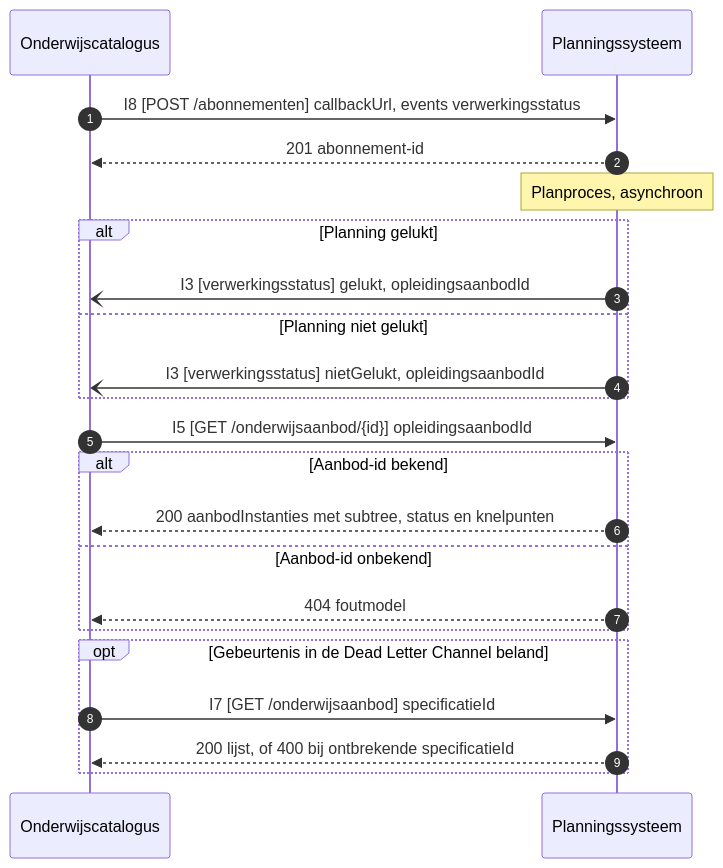
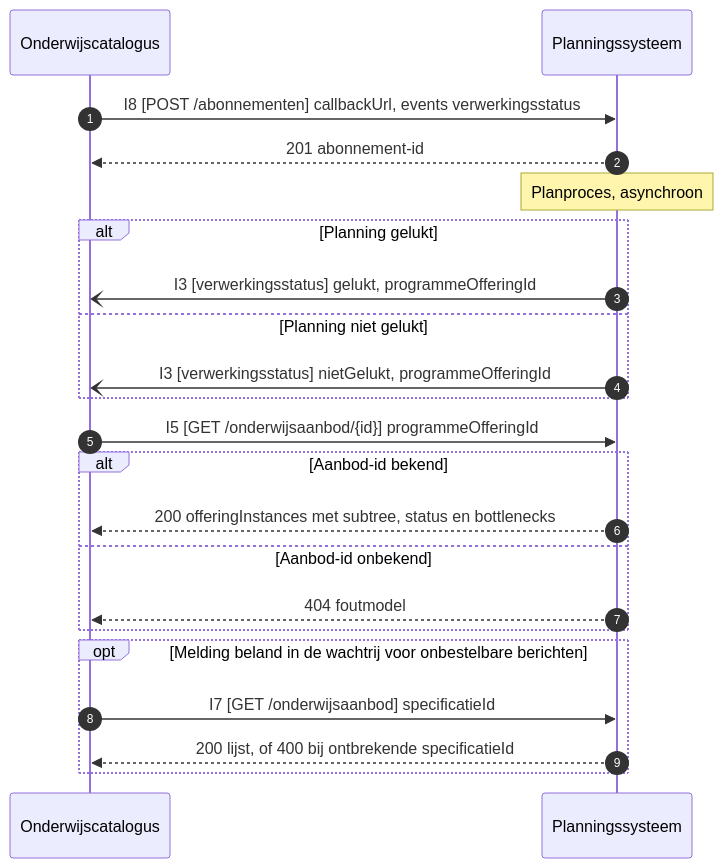
One commit to Npuls-OKx/meta changed the diagram in architecture/docs/specificatie/interactie-onderwijsaanbod/stroom-is-oa-04.md. Above: the diagram before and after it, drawn with Mermaid. The commit also changed other lines of this file and 6 other files, not shown here.

````diff
--- a/architecture/docs/specificatie/interactie-onderwijsaanbod/stroom-is-oa-04.md
+++ b/architecture/docs/specificatie/interactie-onderwijsaanbod/stroom-is-oa-04.md
@@ -19,25 +19,25 @@
 ```mermaid
 sequenceDiagram
     autonumber
     participant OC as Onderwijscatalogus
     participant P as Planningssysteem
 
     OC->>P: I8 [POST /abonnementen] callbackUrl, events verwerkingsstatus
     P-->>OC: 201 abonnement-id
     Note over P: Planproces, asynchroon
     alt Planning gelukt
-        P-)OC: I3 [verwerkingsstatus] gelukt, opleidingsaanbodId
+        P-)OC: I3 [verwerkingsstatus] gelukt, programmeOfferingId
     else Planning niet gelukt
-        P-)OC: I3 [verwerkingsstatus] nietGelukt, opleidingsaanbodId
+        P-)OC: I3 [verwerkingsstatus] nietGelukt, programmeOfferingId
     end
-    OC->>P: I5 [GET /onderwijsaanbod/{id}] opleidingsaanbodId
+    OC->>P: I5 [GET /onderwijsaanbod/{id}] programmeOfferingId
     alt Aanbod-id bekend
-        P-->>OC: 200 aanbodInstanties met subtree, status en knelpunten
+        P-->>OC: 200 offeringInstances met subtree, status en bottlenecks
     else Aanbod-id onbekend
         P-->>OC: 404 foutmodel
     end
-    opt Gebeurtenis in de Dead Letter Channel beland
+    opt Melding beland in de wachtrij voor onbestelbare berichten
         OC->>P: I7 [GET /onderwijsaanbod] specificatieId
         P-->>OC: 200 lijst, of 400 bij ontbrekende specificatieId
     end
 ```
````
